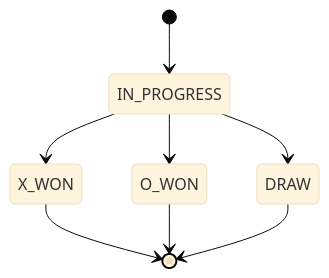
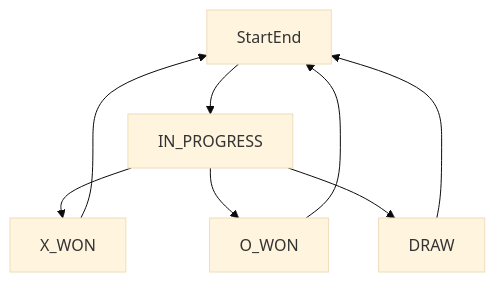
One commit to mthaiseer/springcloud-systemdesign-notes changed the third of 58 diagrams in LLD_NOTES/lld_visual_java_reference_fixed.md. Above: the diagram before and after it, drawn with Mermaid (base theme). The commit also changed other lines of this file, not shown here.

````diff
--- a/LLD_NOTES/lld_visual_java_reference_fixed.md
+++ b/LLD_NOTES/lld_visual_java_reference_fixed.md
@@ -144,10 +124,15 @@
 ```mermaid
-stateDiagram-v2
-  [*] --> IN_PROGRESS
-  IN_PROGRESS --> X_WON
-  IN_PROGRESS --> O_WON
-  IN_PROGRESS --> DRAW
-  X_WON --> [*]
-  O_WON --> [*]
-  DRAW --> [*]
+flowchart TD
+  S1[StartEnd]
+  S2[IN_PROGRESS]
+  S3[X_WON]
+  S4[O_WON]
+  S5[DRAW]
+  S1 --> S2
+  S2 --> S3
+  S2 --> S4
+  S2 --> S5
+  S3 --> S1
+  S4 --> S1
+  S5 --> S1
 ```
````
